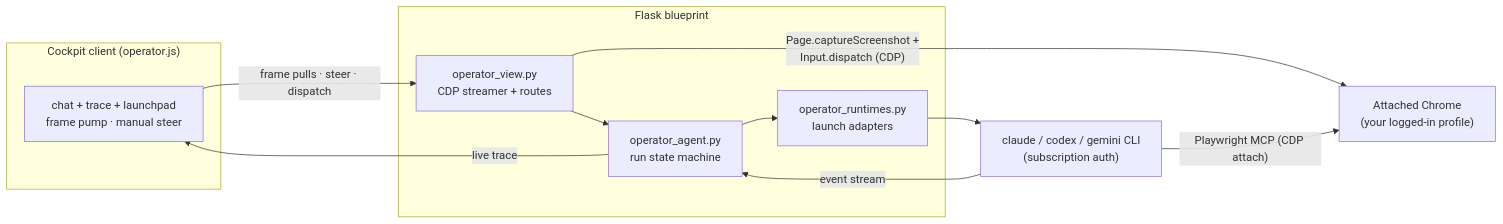
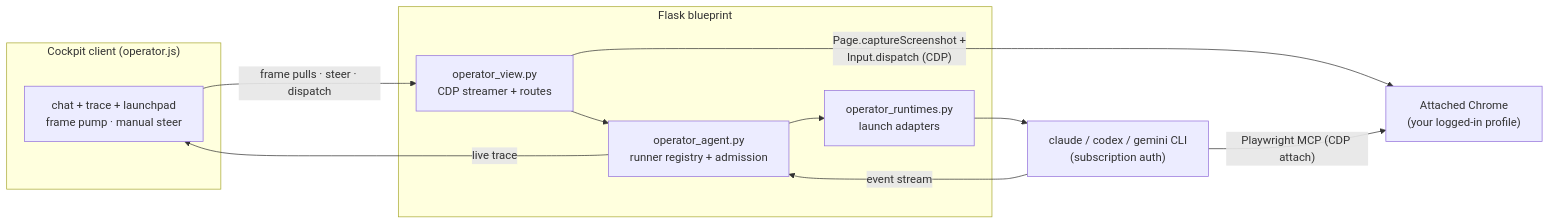
The diagram in README.md (jeffbai996/operator), drawn with Mermaid before and after one commit. The commit also changed other lines of this file and 33 other files, not shown here.

````diff
--- a/README.md
+++ b/README.md
@@ -128,19 +136,19 @@
 ```mermaid
 flowchart LR
   subgraph client["Cockpit client (operator.js)"]
     UI["chat + trace + launchpad<br/>frame pump · manual steer"]
   end
   subgraph server["Flask blueprint"]
     V["operator_view.py<br/>CDP streamer + routes"]
-    A["operator_agent.py<br/>run state machine"]
+    A["operator_agent.py<br/>runner registry + admission"]
     R["operator_runtimes.py<br/>launch adapters"]
   end
   C["Attached Chrome<br/>(your logged-in profile)"]
   RT["claude / codex / gemini CLI<br/>(subscription auth)"]
   UI -- "frame pulls · steer · dispatch" --> V
   V -- "Page.captureScreenshot +<br/>Input.dispatch (CDP)" --> C
   V --> A --> R --> RT
   RT -- "Playwright MCP (CDP attach)" --> C
   RT -- "event stream" --> A
   A -- "live trace" --> UI
 ```
````
